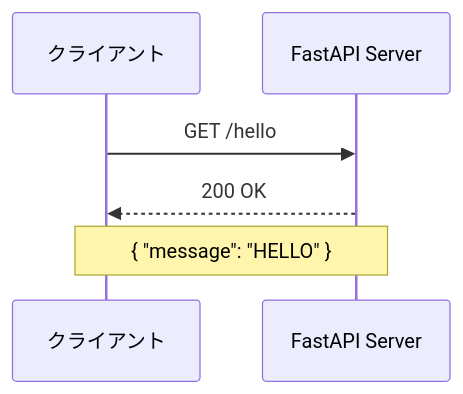
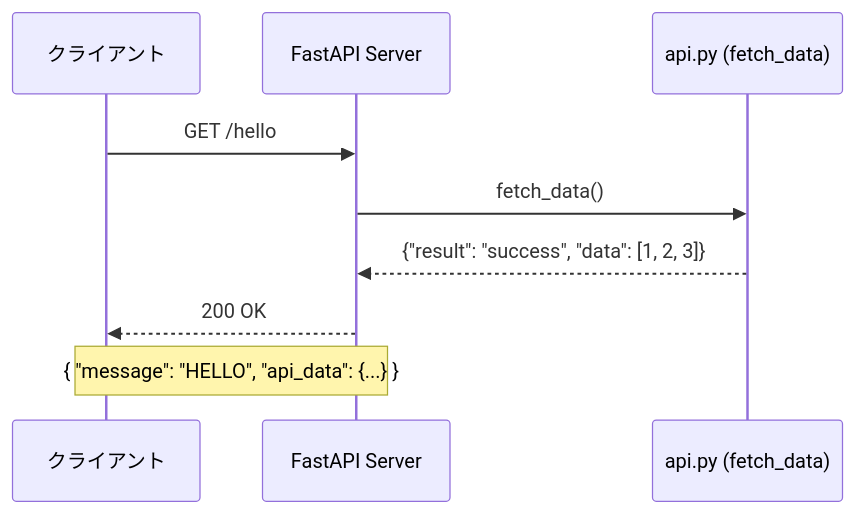
The sixth of 10 diagrams in シーケンス図.md (dir-FY25shizukashunsuke/repository-C), drawn with Mermaid before and after one commit. The commit also changed other lines of this file and 1 other file, not shown here.

Commit message:
Update 機能定義書.md and シーケンス図.md with latest submodule changes

````diff
--- a/シーケンス図.md
+++ b/シーケンス図.md
@@ -141,9 +158,12 @@
 ```mermaid
 sequenceDiagram
     participant Client as クライアント
     participant FastAPI as FastAPI Server
+    participant API_Module as api.py (fetch_data)
 
     Client->>FastAPI: GET /hello
+    FastAPI->>API_Module: fetch_data()
+    API_Module-->>FastAPI: {"result": "success", "data": [1, 2, 3]}
     FastAPI-->>Client: 200 OK
-    Note over FastAPI,Client: { "message": "HELLO" }
+    Note over FastAPI,Client: { "message": "HELLO", "api_data": {...} }
 ```
````
